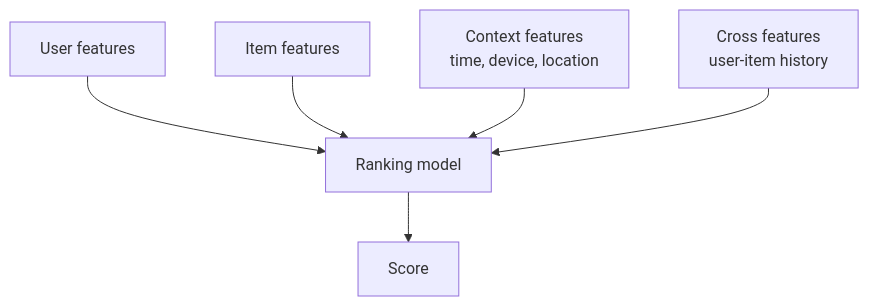
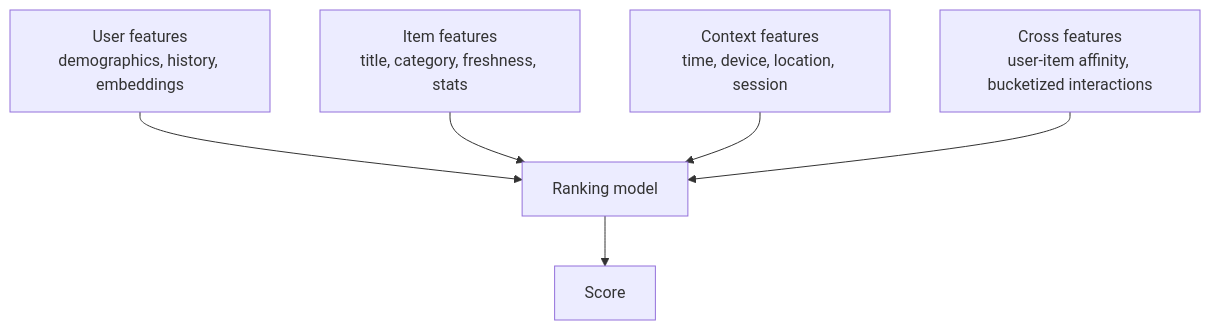
One commit to binarydevelop/system-design-patterns changed the third of 3 diagrams in 16-ml-systems/07-recommendation-systems.md. Above: the diagram before and after it, drawn with Mermaid. The commit also changed other lines of this file and 1 other file, not shown here.

````diff
--- a/16-ml-systems/07-recommendation-systems.md
+++ b/16-ml-systems/07-recommendation-systems.md
@@ -50,8 +162,8 @@
 ```mermaid
 flowchart TD
-    U["User features"] --> R["Ranking model"]
-    I["Item features"] --> R
-    C["Context features<br/>time, device, location"] --> R
-    X["Cross features<br/>user-item history"] --> R
+    U["User features<br/>demographics, history, embeddings"] --> R["Ranking model"]
+    I["Item features<br/>title, category, freshness, stats"] --> R
+    C["Context features<br/>time, device, location, session"] --> R
+    X["Cross features<br/>user-item affinity, bucketized interactions"] --> R
     R --> S["Score"]
 ```
````
